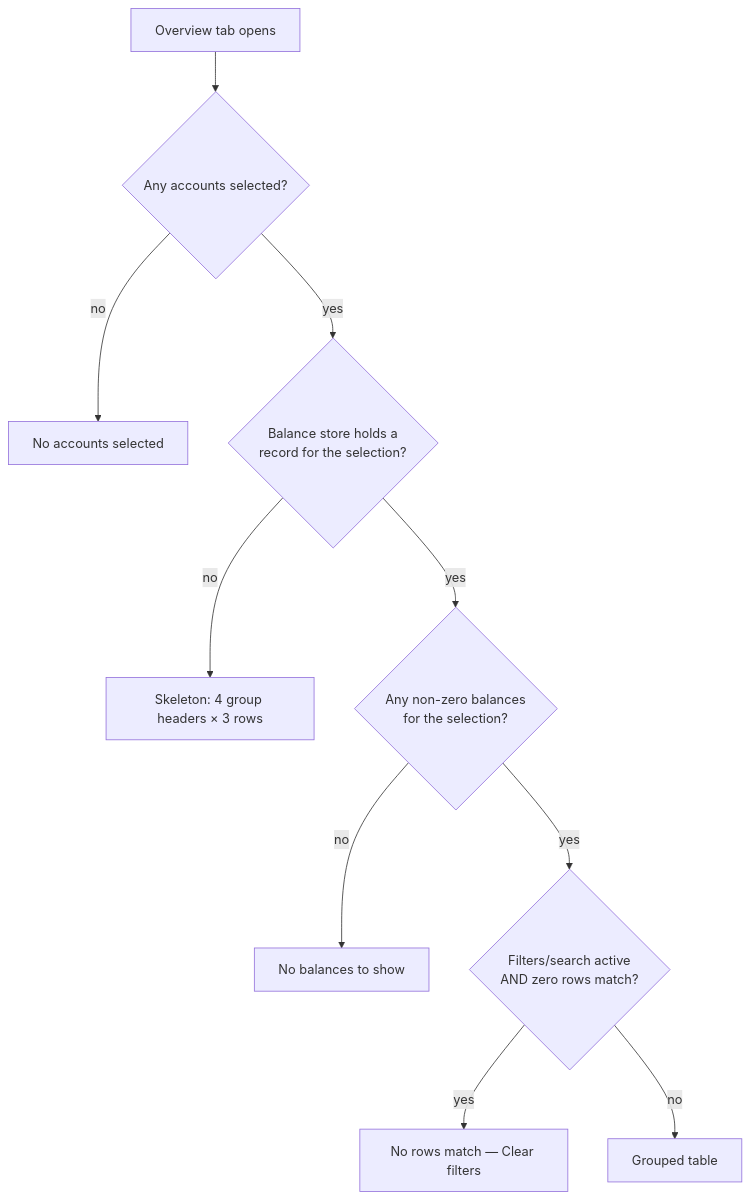
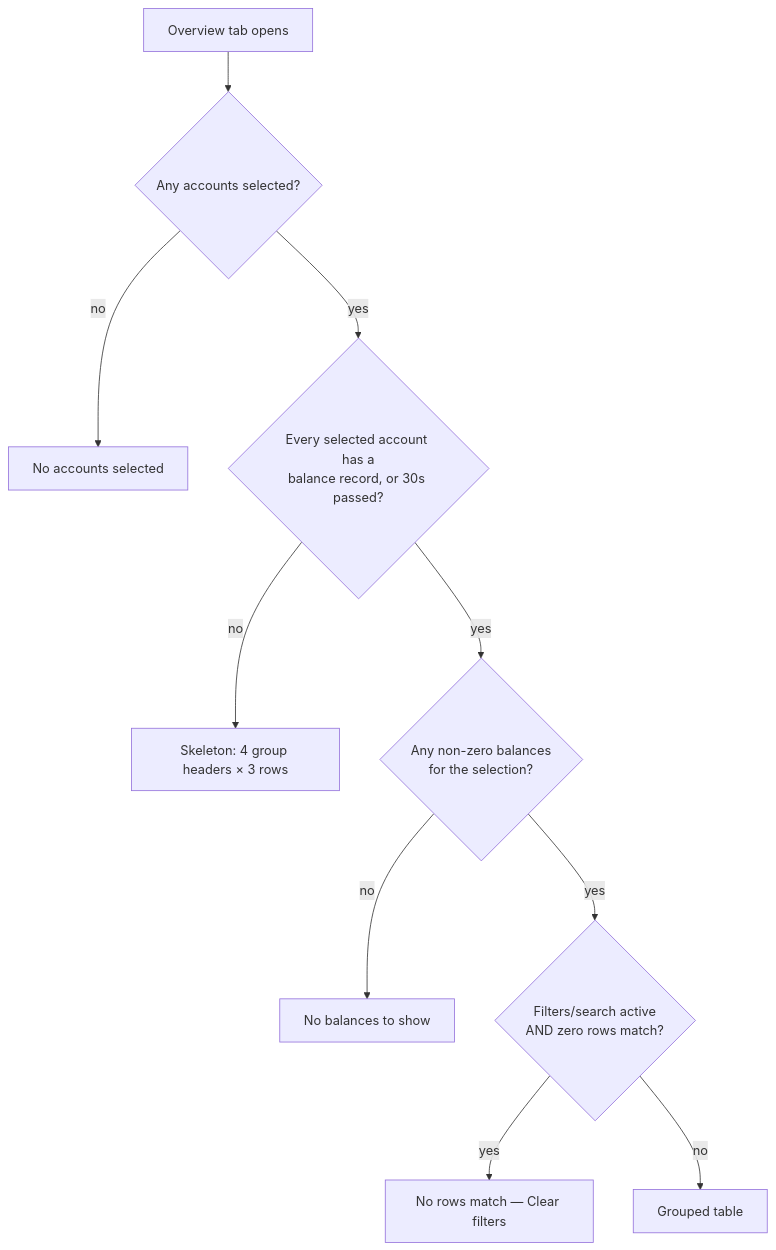
One commit to novasamatech/nova-spektr changed the diagram in src/renderer/features/dashboard-accounts-table/README.md. Above: the diagram before and after it, drawn with Mermaid. The commit also changed other lines of this file and 18 other files, not shown here.

Commit message:
fix(dashboard): wait for balances of every selected account

````diff
--- a/src/renderer/features/dashboard-accounts-table/README.md
+++ b/src/renderer/features/dashboard-accounts-table/README.md
@@ -40,12 +40,12 @@
 ```mermaid
 flowchart TD
     START["Overview tab opens"] --> Q1{"Any accounts selected?"}
     Q1 -- "no" --> NOSEL["No accounts selected"]
-    Q1 -- "yes" --> Q2{"Balance store holds a\nrecord for the selection?"}
+    Q1 -- "yes" --> Q2{"Every selected account has a\nbalance record, or 30s passed?"}
     Q2 -- "no" --> SKEL["Skeleton: 4 group headers × 3 rows"]
     Q2 -- "yes" --> Q3{"Any non-zero balances\nfor the selection?"}
     Q3 -- "no" --> NOBAL["No balances to show"]
     Q3 -- "yes" --> Q4{"Filters/search active\nAND zero rows match?"}
     Q4 -- "yes" --> EMPTYF["No rows match — Clear filters"]
     Q4 -- "no" --> TABLE["Grouped table"]
 ```
````
